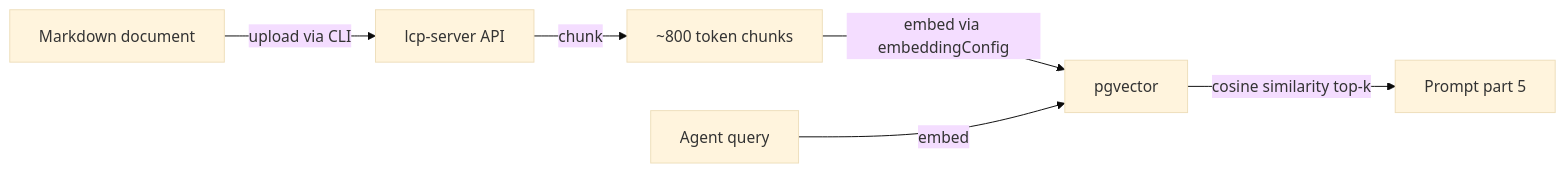
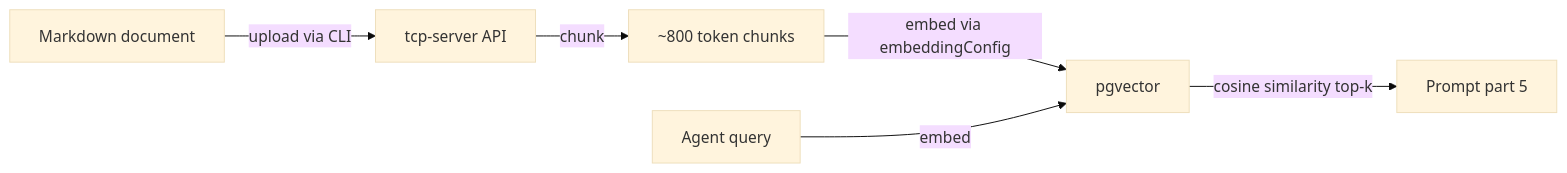
Before and after one commit to instantiator/tcp-server: the first of 2 diagrams in docs/agent-services.md, drawn with Mermaid (base theme). The commit also changed other lines of this file and 1129 other files, not shown here.

````diff
--- a/docs/agent-services.md
+++ b/docs/agent-services.md
@@ -17,8 +17,8 @@
 ```mermaid
 flowchart LR
-    DOC[Markdown document] -->|upload via CLI| API[lcp-server API]
+    DOC[Markdown document] -->|upload via CLI| API[tcp-server API]
     API -->|chunk| CHUNK[~800 token chunks]
     CHUNK -->|embed via embeddingConfig| VEC[pgvector]
     QUERY[Agent query] -->|embed| VEC
     VEC -->|cosine similarity top-k| PROMPT[Prompt part 5]
 ```
````
